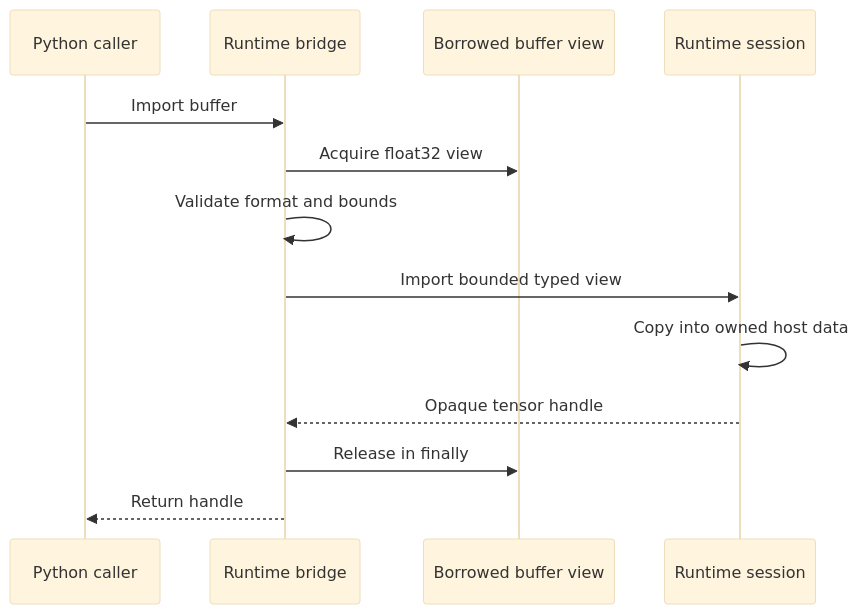
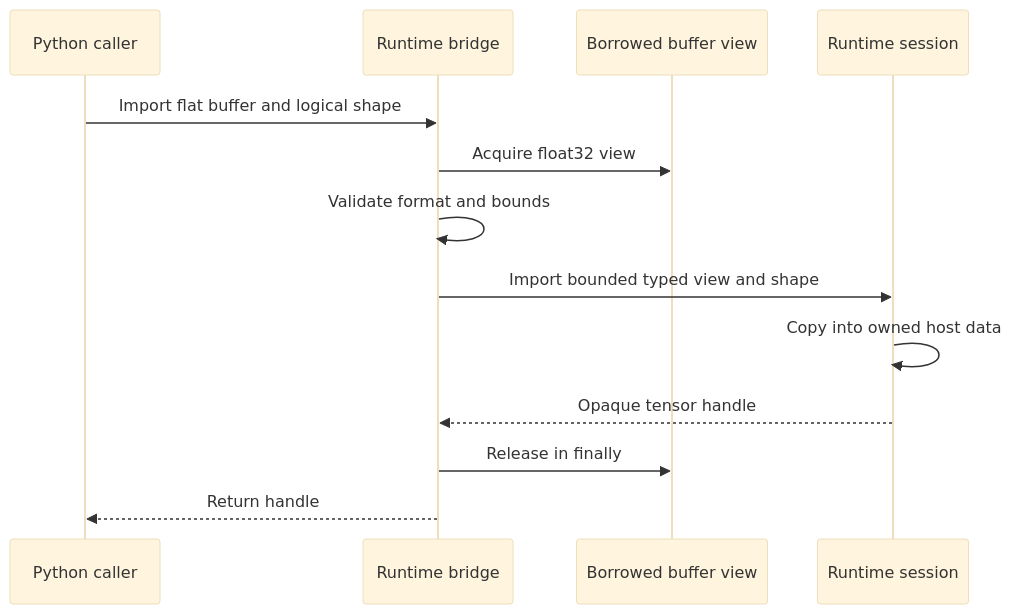
One commit to isaacperez/tabgrad changed the second of 2 diagrams in docs/components/python-package-installation.md. Above: the diagram before and after it, drawn with Mermaid (base theme). The commit also changed other lines of this file and 26 other files, not shown here.

````diff
--- a/docs/components/python-package-installation.md
+++ b/docs/components/python-package-installation.md
@@ -132,15 +136,15 @@
 ```mermaid
 sequenceDiagram
     participant P as Python caller
     participant B as Runtime bridge
     participant V as Borrowed buffer view
     participant R as Runtime session
-    P->>B: Import buffer
+    P->>B: Import flat buffer and logical shape
     B->>V: Acquire float32 view
     B->>B: Validate format and bounds
-    B->>R: Import bounded typed view
+    B->>R: Import bounded typed view and shape
     R->>R: Copy into owned host data
     R-->>B: Opaque tensor handle
     B->>V: Release in finally
     B-->>P: Return handle
 ```
````
